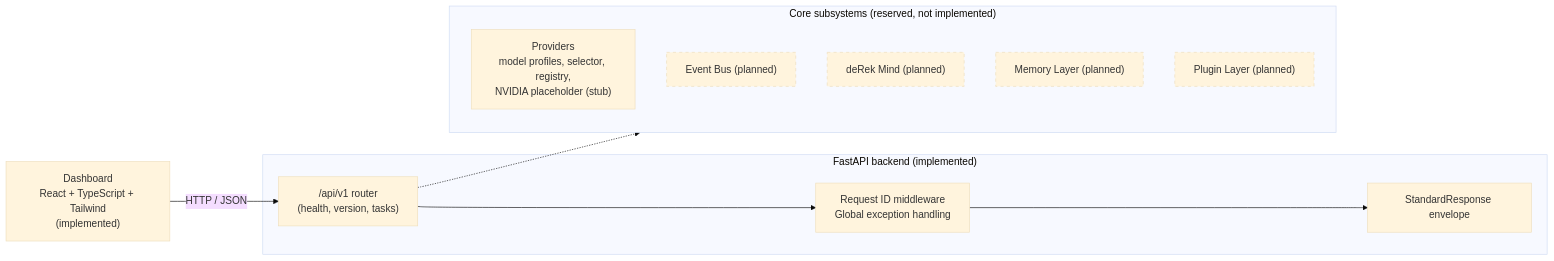
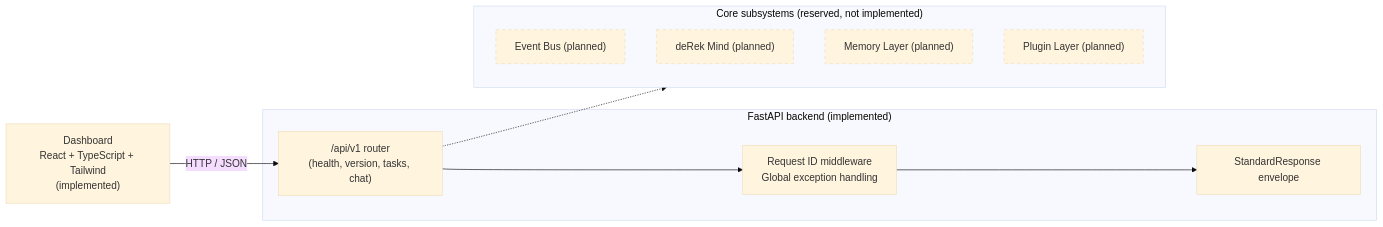
The second of 2 diagrams in README.md (rg61590-afk/deRek-ai-os), drawn with Mermaid (base theme) before and after one commit. The commit also changed other lines of this file and 15 other files, not shown here.

````diff
--- a/README.md
+++ b/README.md
@@ -206,26 +209,25 @@
 ```mermaid
 flowchart LR
     Dashboard["Dashboard\nReact + TypeScript + Tailwind\n(implemented)"]
 
     subgraph API["FastAPI backend (implemented)"]
-        Router["/api/v1 router\n(health, version, tasks)"]
+        Router["/api/v1 router\n(health, version, tasks, chat)"]
         Middleware["Request ID middleware\nGlobal exception handling"]
         Envelope["StandardResponse envelope"]
     end
 
     subgraph Kernel["Core subsystems (reserved, not implemented)"]
-        Providers["Providers\nmodel profiles, selector, registry,\nNVIDIA placeholder (stub)"]
         Events["Event Bus (planned)"]
         deRekMind["deRek Mind (planned)"]
         Memory["Memory Layer (planned)"]
         Plugins["Plugin Layer (planned)"]
     end
 
     Dashboard -->|"HTTP / JSON"| Router
     Router --> Middleware
     Middleware --> Envelope
     Router -.-> Kernel
 
     classDef planned stroke-dasharray: 5 5;
     class Events,deRekMind,Memory,Plugins planned;
 ```
````
